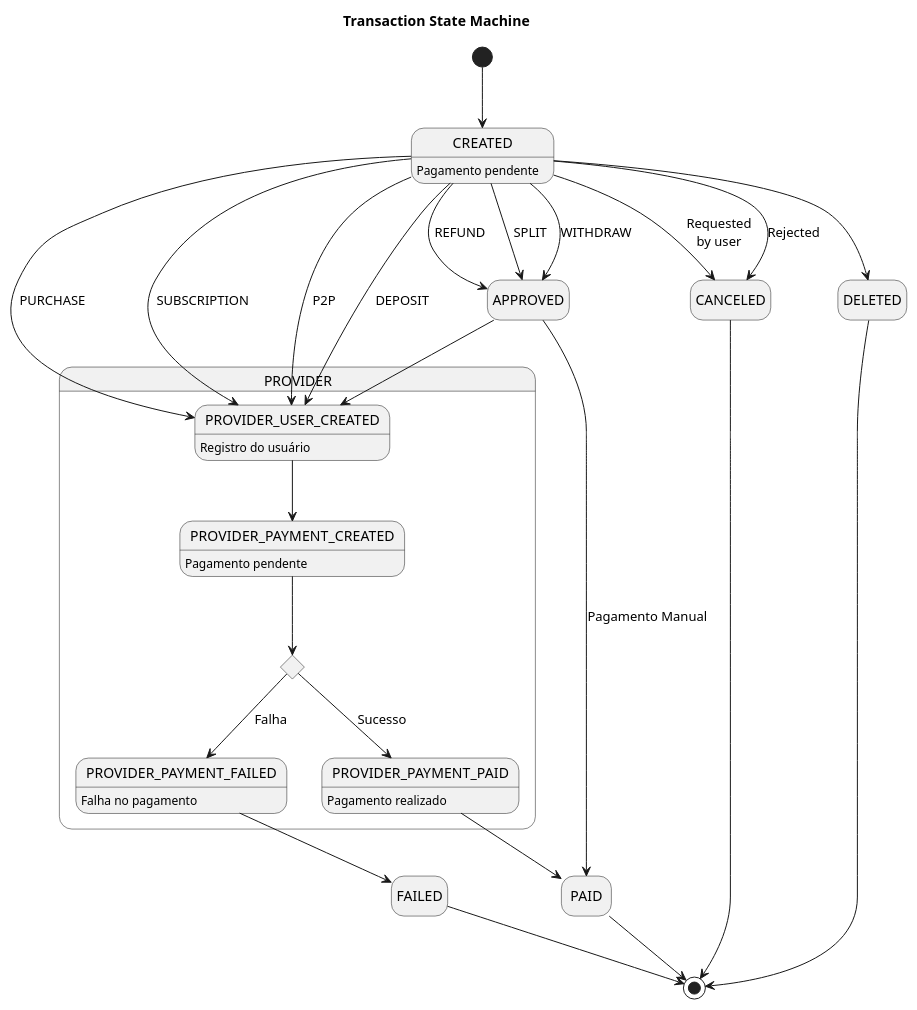
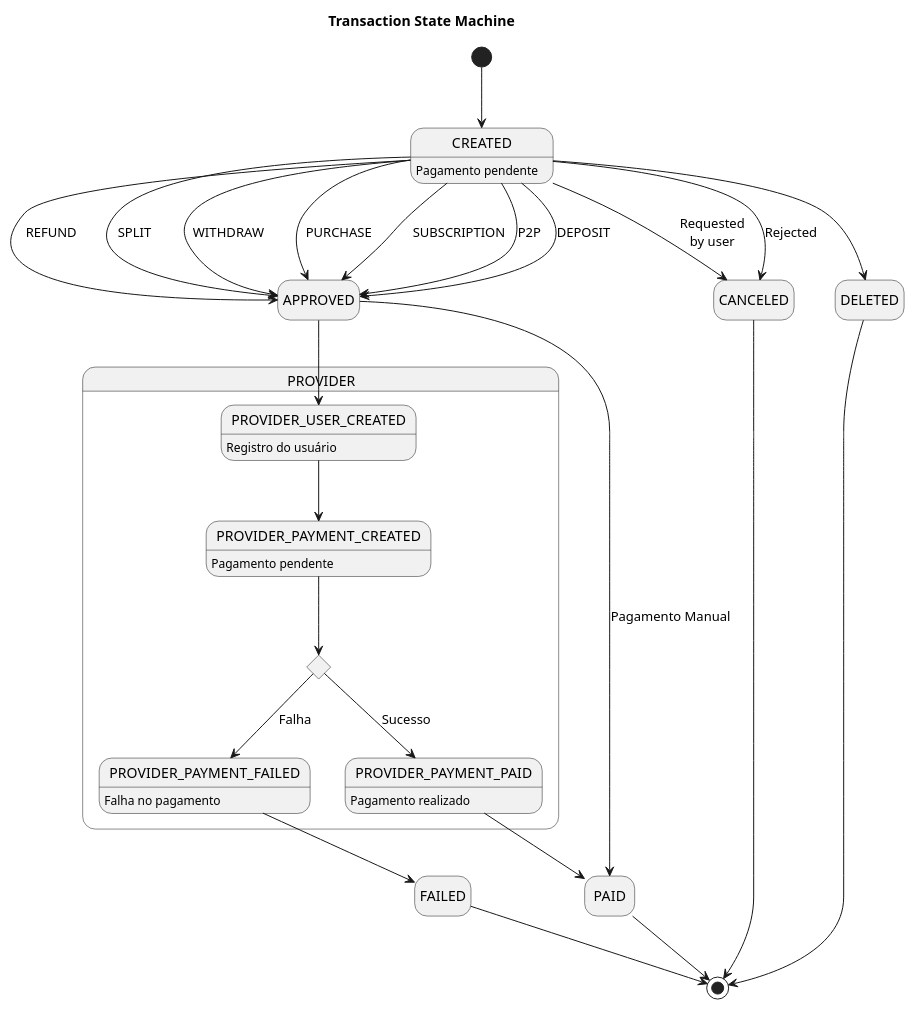
Before and after one commit to holding-fpass/base-sdk: the diagram in src/fsm/docs/transaction.fsm.wsd, drawn with PlantUML. The commit also changed 1 other file, not shown here.

Commit message:
fix: transaction flow

```diff
--- a/src/fsm/docs/transaction.fsm.wsd
+++ b/src/fsm/docs/transaction.fsm.wsd
@@ -1,37 +1,37 @@
 @startuml Transaction State Machine
 title Transaction State Machine
 hide empty description
 
 [*] --> CREATED
 CREATED: Pagamento pendente
 CREATED --> APPROVED: REFUND
 CREATED --> APPROVED: SPLIT
 CREATED --> APPROVED: WITHDRAW
+CREATED --> APPROVED: PURCHASE
+CREATED --> APPROVED: SUBSCRIPTION
+CREATED --> APPROVED: P2P
+CREATED --> APPROVED: DEPOSIT
 State PROVIDER {
-  CREATED --> PROVIDER_USER_CREATED: PURCHASE
-  CREATED --> PROVIDER_USER_CREATED: SUBSCRIPTION
-  CREATED --> PROVIDER_USER_CREATED: P2P
-  CREATED --> PROVIDER_USER_CREATED: DEPOSIT
   APPROVED --> PROVIDER_USER_CREATED
   PROVIDER_USER_CREATED: Registro do usuário
   PROVIDER_USER_CREATED --> PROVIDER_PAYMENT_CREATED
   PROVIDER_PAYMENT_CREATED: Pagamento pendente
   state PROVIDER_PAYMENT_PROCESS <<choice>>
   PROVIDER_PAYMENT_CREATED --> PROVIDER_PAYMENT_PROCESS
   PROVIDER_PAYMENT_PROCESS --> PROVIDER_PAYMENT_PAID: Sucesso
   PROVIDER_PAYMENT_PAID: Pagamento realizado
   PROVIDER_PAYMENT_PROCESS --> PROVIDER_PAYMENT_FAILED: Falha
   PROVIDER_PAYMENT_FAILED: Falha no pagamento
 }
 APPROVED --> PAID: Pagamento Manual
 PROVIDER_PAYMENT_PAID --> PAID
 PAID --> [*]
 PROVIDER_PAYMENT_FAILED --> FAILED
 FAILED --> [*]
 CREATED --> CANCELED: Requested\nby user
 CREATED --> CANCELED: Rejected
 CANCELED --> [*]
 CREATED --> DELETED
 DELETED --> [*]
 
 @enduml
```
